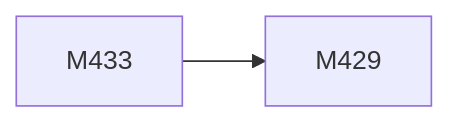
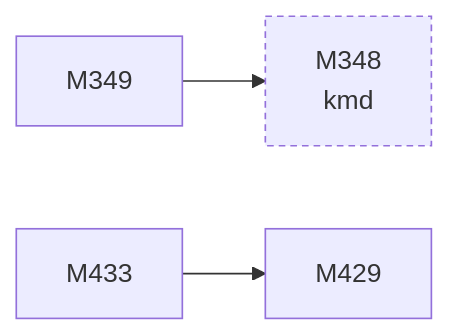
The third of 3 diagrams in docs/facts/graphs/hardware.md (D-Ogi/amdgpu-wddm), drawn with Mermaid before and after one commit. The commit also changed other lines of this file and 39 other files, not shown here.

````diff
--- a/docs/facts/graphs/hardware.md
+++ b/docs/facts/graphs/hardware.md
@@ -186,7 +186,11 @@
 ```mermaid
 flowchart LR
+  M348["M348<br/>kmd"]
+  M349["M349"]
   M429["M429"]
   M433["M433"]
+  M349 --> M348
   M433 --> M429
   classDef other stroke-dasharray:4 3
+  class M348 other
 ```
````
